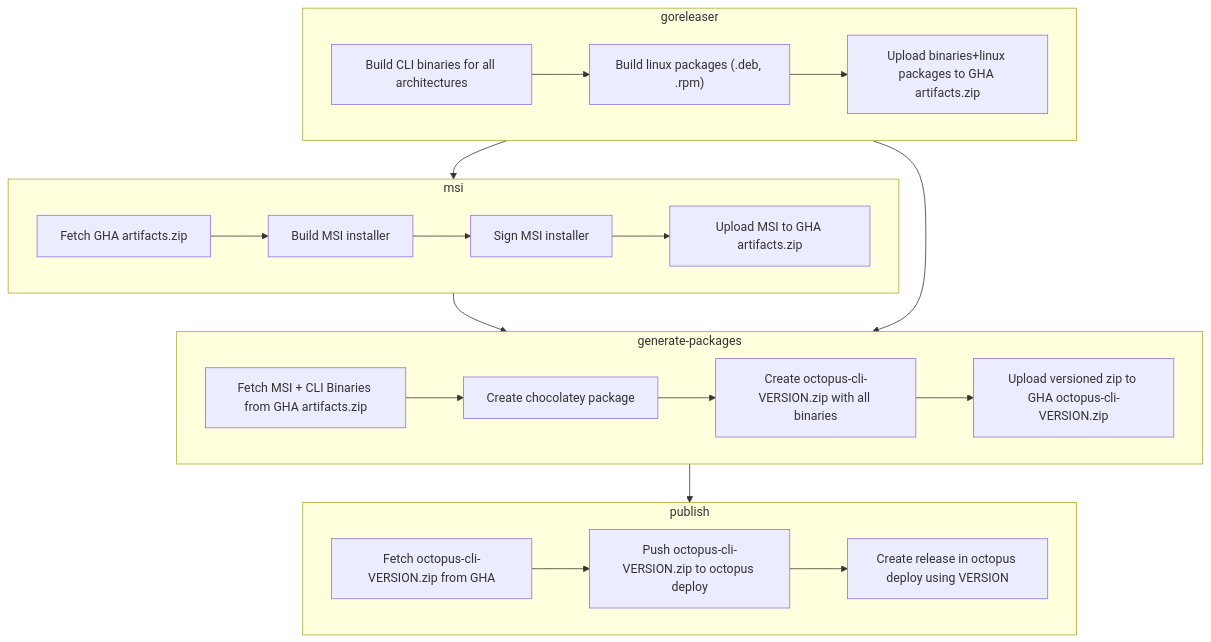
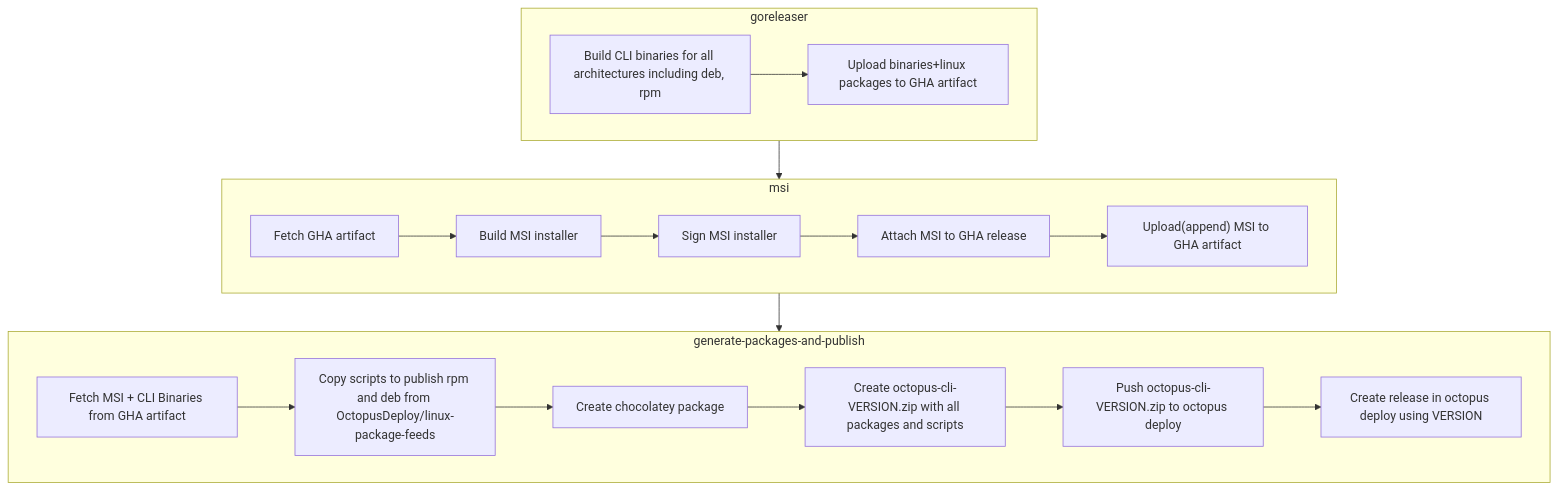
Before and after one commit to OctopusDeploy/cli: the fourth of 5 diagrams in DISTRIBUTION.md, drawn with Mermaid.

````diff
--- a/DISTRIBUTION.md
+++ b/DISTRIBUTION.md
@@ -34,36 +34,30 @@
 ```mermaid
 flowchart TD
+goreleaser --> msi --> generate-packages-and-publish
+
 subgraph "goreleaser"
-    build[Build CLI binaries for all architectures]
-    debs["Build linux packages (.deb, .rpm)"]
-    upload1[Upload binaries+linux packages to GHA artifacts.zip]
-
-    build-->debs-->upload1
+    build --> uploadToGHA
+    
+    build[Build CLI binaries for all architectures including deb, rpm]
+    uploadToGHA[Upload binaries+linux packages to GHA artifact]
 end
 subgraph "msi"
-    fetch[Fetch GHA artifacts.zip]
+    fetch --> buildmsi --> signmsi --> attachMSIToRelease --> uploadMSIToGHA
+
+    fetch[Fetch GHA artifact]
     buildmsi[Build MSI installer]
-    msisign[Sign MSI installer]
-    uploadmsi[Upload MSI to GHA artifacts.zip]
-    
-    fetch-->buildmsi-->msisign-->uploadmsi
+    signmsi[Sign MSI installer]
+    attachMSIToRelease["Attach MSI to GHA release"]
+    uploadMSIToGHA["Upload(append) MSI to GHA artifact"]
 end
-subgraph generate-packages
-    fetch2[Fetch MSI + CLI Binaries from GHA artifacts.zip]
+subgraph generate-packages-and-publish
+    fetch2 --> getScripts --> choco --> zipall --> octoPush --> octoRelease
+
+    fetch2[Fetch MSI + CLI Binaries from GHA artifact]
+    getScripts[Copy scripts to publish rpm and deb from OctopusDeploy/linux-package-feeds]
     choco[Create chocolatey package]
-    zipall[Create octopus-cli-VERSION.zip with all binaries]
-    upload3[Upload versioned zip to GHA octopus-cli-VERSION.zip]
-
-    fetch2-->choco-->zipall-->upload3
+    zipall[Create octopus-cli-VERSION.zip with all packages and scripts]
+    octoPush[Push octopus-cli-VERSION.zip to octopus deploy]
+    octoRelease[Create release in octopus deploy using VERSION]
 end
-subgraph publish
-    fetch3[Fetch octopus-cli-VERSION.zip from GHA]
-    octo-push[Push octopus-cli-VERSION.zip to octopus deploy]
-    octo-release[Create release in octopus deploy using VERSION]
-
-    fetch3-->octo-push-->octo-release
-end
-
-goreleaser --> msi --> generate-packages --> publish
-goreleaser --> generate-packages
 ```
````
